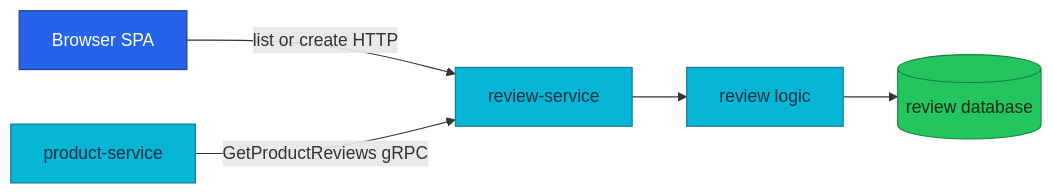
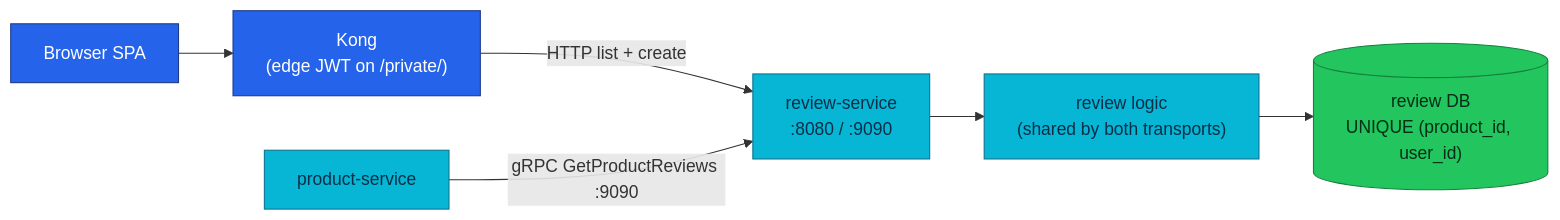
The diagram in docs/api/review.md (duynhlab/homelab), drawn with Mermaid before and after one commit. The commit also changed other lines of this file and 20 other files, not shown here.

````diff
--- a/docs/api/review.md
+++ b/docs/api/review.md
@@ -20,14 +49,15 @@
 ```mermaid
 flowchart LR
-    SPA[Browser SPA] -->|list or create HTTP| Review[review-service]
-    Product[product-service] -->|GetProductReviews gRPC| Review
-    Review --> Logic[review logic]
-    Logic --> DB[(review database)]
+    SPA["Browser SPA"] --> Kong["Kong<br/>(edge JWT on /private/)"]
+    Kong -->|"HTTP list + create"| Review["review-service<br/>:8080 / :9090"]
+    Product["product-service"] -->|"gRPC GetProductReviews :9090"| Review
+    Review --> Logic["review logic<br/>(shared by both transports)"]
+    Logic --> DB[("review DB<br/>UNIQUE (product_id, user_id)")]
 
     classDef edge fill:#2563eb,color:#fff,stroke:#1e3a8a;
     classDef service fill:#06b6d4,color:#082f49,stroke:#0e7490;
     classDef data fill:#22c55e,color:#052e16,stroke:#15803d;
-    class SPA edge;
+    class SPA,Kong edge;
     class Review,Product,Logic service;
     class DB data;
 ```
````
